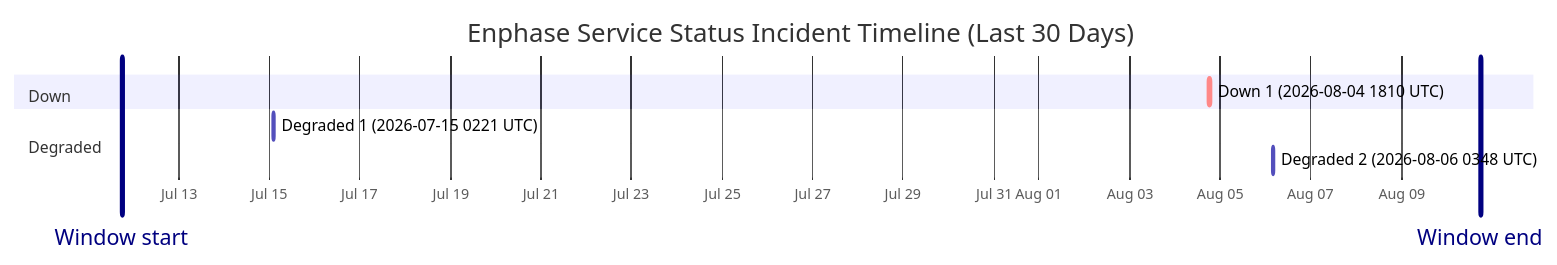
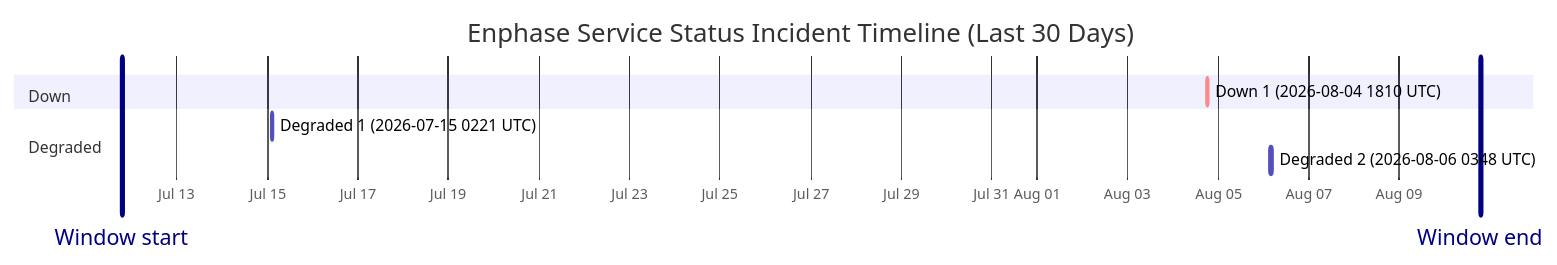
Before and after one commit to barneyonline/ha-enphase-energy: the diagram in wiki/Service-Status-History.md, drawn with Mermaid. The commit also changed other lines of this file and 3 other files, not shown here.

````diff
--- a/wiki/Service-Status-History.md
+++ b/wiki/Service-Status-History.md
@@ -14,13 +14,13 @@
 ```mermaid
 gantt
     title Enphase Service Status Incident Timeline (Last 30 Days)
     dateFormat  YYYY-MM-DDTHH:mm:ss
     axisFormat  %b %d
-    Window start :vert, window-start, 2026-07-11T17:55:09, 0ms
-    Window end :vert, window-end, 2026-08-10T17:55:09, 0ms
+    Window start :vert, window-start, 2026-07-11T18:54:41, 0ms
+    Window end :vert, window-end, 2026-08-10T18:54:41, 0ms
     section Down
     Down 1 (2026-08-04 1810 UTC) :crit, down-1, 2026-08-04T18:10:46, 60m
     section Degraded
     Degraded 1 (2026-07-15 0221 UTC) :active, degraded-1, 2026-07-15T02:21:35, 60m
     Degraded 2 (2026-08-06 0348 UTC) :active, degraded-2, 2026-08-06T03:48:14, 60m
 ```
````
